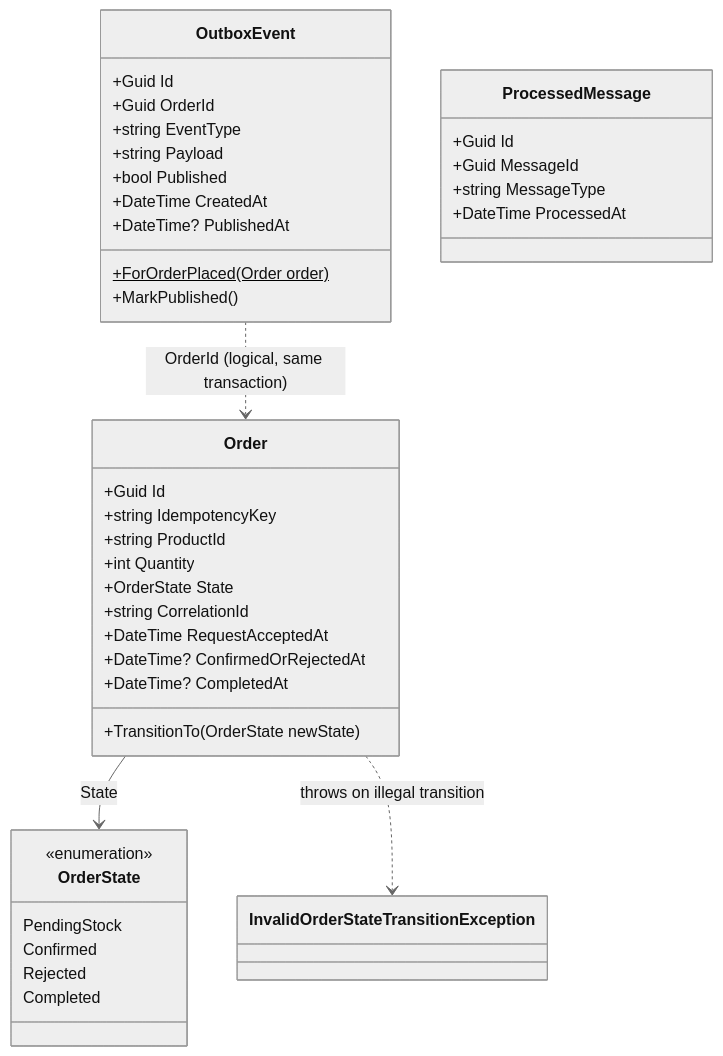
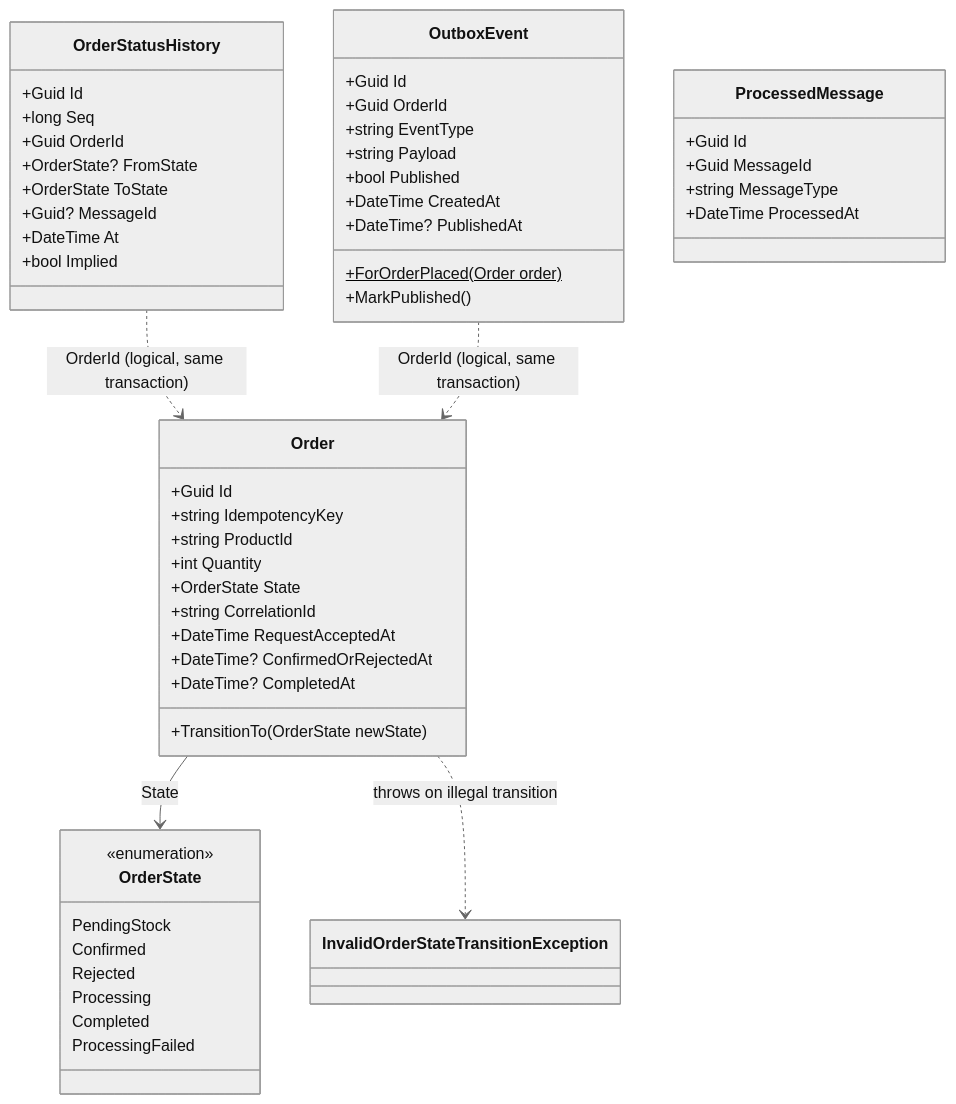
The first of 3 diagrams in docs/class-diagram.md (VuTanMinh/flash-sale-microservices), drawn with Mermaid (neutral theme) before and after one commit. The commit also changed other lines of this file and 54 other files, not shown here.

Commit message:
feat: six-state order model with the OrderProcessingStarted event and per-order status history (Seq-ordered, implied step clamped); TP-P02 verifier; regressions and figures updated (Week 11 Processing/history box)

````diff
--- a/docs/class-diagram.md
+++ b/docs/class-diagram.md
@@ -9,43 +9,56 @@
 ```mermaid
 classDiagram
     class Order {
         +Guid Id
         +string IdempotencyKey
         +string ProductId
         +int Quantity
         +OrderState State
         +string CorrelationId
         +DateTime RequestAcceptedAt
         +DateTime? ConfirmedOrRejectedAt
         +DateTime? CompletedAt
         +TransitionTo(OrderState newState)
     }
     class OrderState {
         <<enumeration>>
         PendingStock
         Confirmed
         Rejected
+        Processing
         Completed
+        ProcessingFailed
+    }
+    class OrderStatusHistory {
+        +Guid Id
+        +long Seq
+        +Guid OrderId
+        +OrderState? FromState
+        +OrderState ToState
+        +Guid? MessageId
+        +DateTime At
+        +bool Implied
     }
     class OutboxEvent {
         +Guid Id
         +Guid OrderId
         +string EventType
         +string Payload
         +bool Published
         +DateTime CreatedAt
         +DateTime? PublishedAt
         +ForOrderPlaced(Order order)$
         +MarkPublished()
     }
     class ProcessedMessage {
         +Guid Id
         +Guid MessageId
         +string MessageType
         +DateTime ProcessedAt
     }
     class InvalidOrderStateTransitionException
     Order --> OrderState : State
     Order ..> InvalidOrderStateTransitionException : throws on illegal transition
+    OrderStatusHistory ..> Order : OrderId (logical, same transaction)
     OutboxEvent ..> Order : OrderId (logical, same transaction)
 ```
````
